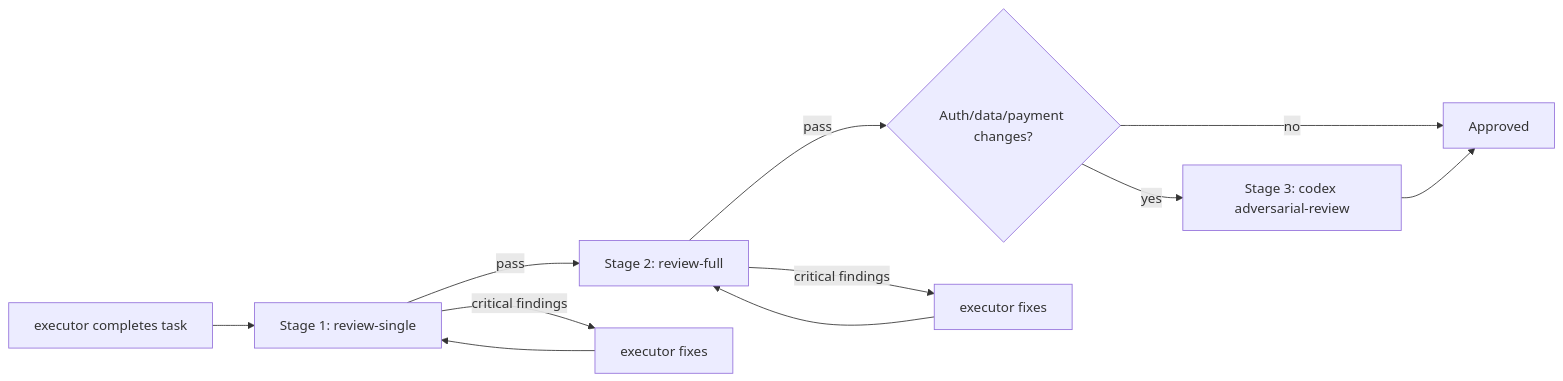
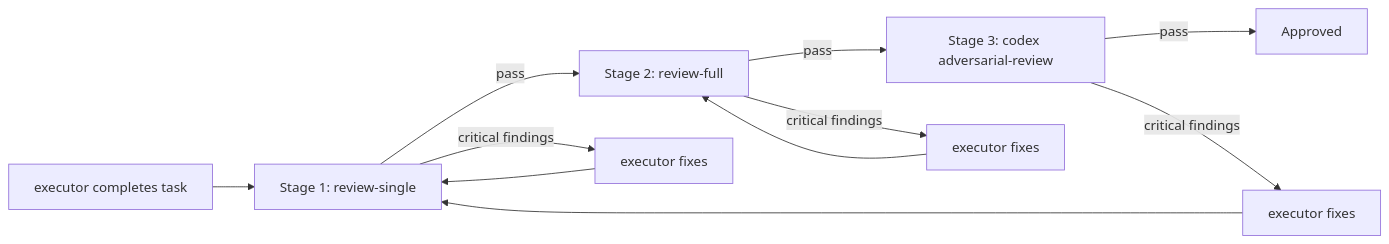
One commit to ilsantino/iago-os changed the second of 2 diagrams in README.md. Above: the diagram before and after it, drawn with Mermaid. The commit also changed other lines of this file and 4 other files, not shown here.

Commit message:
docs: update all docs for mandatory codex adversarial review

````diff
--- a/README.md
+++ b/README.md
@@ -249,16 +249,16 @@
 ```mermaid
 flowchart LR
     Impl[executor completes task] --> S1
 
     S1[Stage 1: review-single] -->|pass| S2[Stage 2: review-full]
     S1 -->|critical findings| Fix1[executor fixes]
     Fix1 --> S1
 
-    S2 -->|pass| S3{Auth/data/payment changes?}
+    S2 -->|pass| Codex[Stage 3: codex adversarial-review]
     S2 -->|critical findings| Fix2[executor fixes]
     Fix2 --> S2
 
-    S3 -->|yes| Codex[Stage 3: codex adversarial-review]
-    S3 -->|no| Done[Approved]
-    Codex --> Done
+    Codex -->|pass| Done[Approved]
+    Codex -->|critical findings| Fix3[executor fixes]
+    Fix3 --> S1
 ```
````
